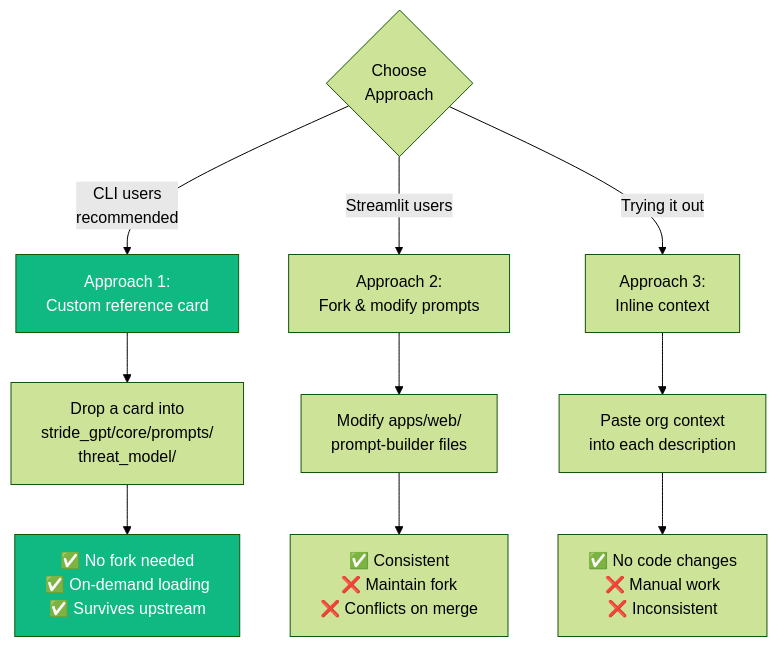
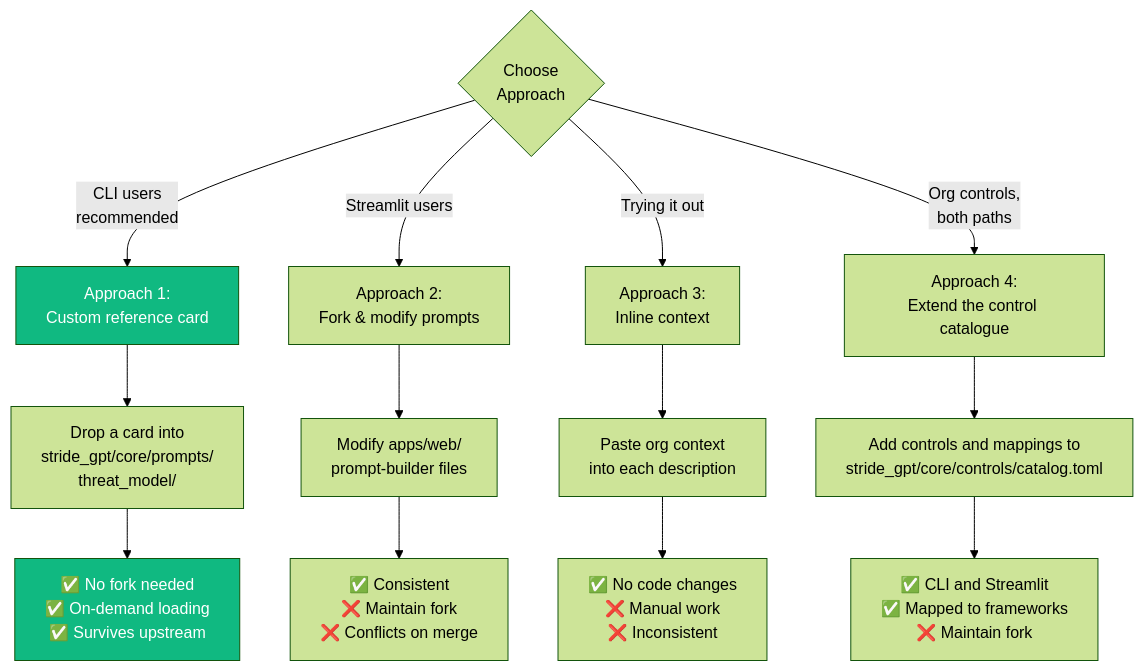
One commit to aisecnomad/Nexus-stride-gpt changed the fourth of 8 diagrams in docs/operationalization-guide.md. Above: the diagram before and after it, drawn with Mermaid (forest theme). The commit also changed other lines of this file and 10 other files, not shown here.

````diff
--- a/docs/operationalization-guide.md
+++ b/docs/operationalization-guide.md
@@ -102,19 +102,22 @@
 ```mermaid
 graph TD
     Start{Choose<br/>Approach}
 
     Start -->|CLI users<br/>recommended| A1[Approach 1:<br/>Custom reference card]
     Start -->|Streamlit users| A2[Approach 2:<br/>Fork & modify prompts]
     Start -->|Trying it out| A3[Approach 3:<br/>Inline context]
+    Start -->|Org controls,<br/>both paths| A4[Approach 4:<br/>Extend the control catalogue]
 
     A1 --> B1[Drop a card into<br/>stride_gpt/core/prompts/<br/>threat_model/]
     A2 --> B2[Modify apps/web/<br/>prompt-builder files]
     A3 --> B3[Paste org context<br/>into each description]
 
     B1 --> C1[✅ No fork needed<br/>✅ On-demand loading<br/>✅ Survives upstream]
     B2 --> C2[✅ Consistent<br/>❌ Maintain fork<br/>❌ Conflicts on merge]
     B3 --> C3[✅ No code changes<br/>❌ Manual work<br/>❌ Inconsistent]
+    A4 --> B4[Add controls and mappings to<br/>stride_gpt/core/controls/catalog.toml]
+    B4 --> C4[✅ CLI and Streamlit<br/>✅ Mapped to frameworks<br/>❌ Maintain fork]
 
     style A1 fill:#10B981,color:#fff
     style C1 fill:#10B981,color:#fff
 ```
````
